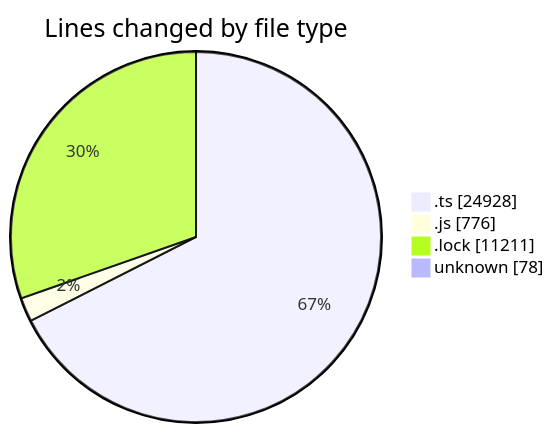
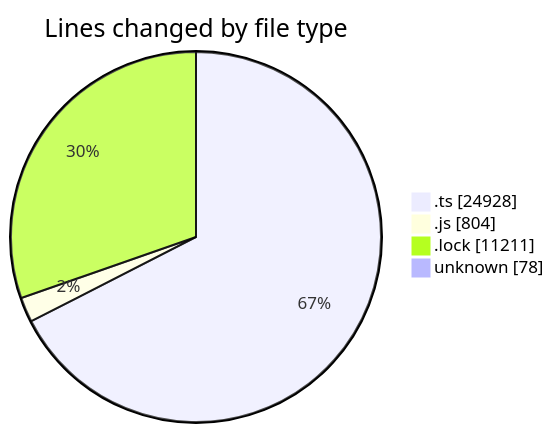
Before and after one commit to momahboobian/code-tracking: the first of 2 diagrams in 2025-05-20/cda/README.md, drawn with Mermaid. The commit also changed other lines of this file and 1 other file, not shown here.

````diff
--- a/2025-05-20/cda/README.md
+++ b/2025-05-20/cda/README.md
@@ -36,8 +36,8 @@
 ```mermaid
 pie showData
 title Lines changed by file type
 ".ts" : 24928
-".js" : 776
+".js" : 804
 ".lock" : 11211
 "unknown" : 78
 ```
````
